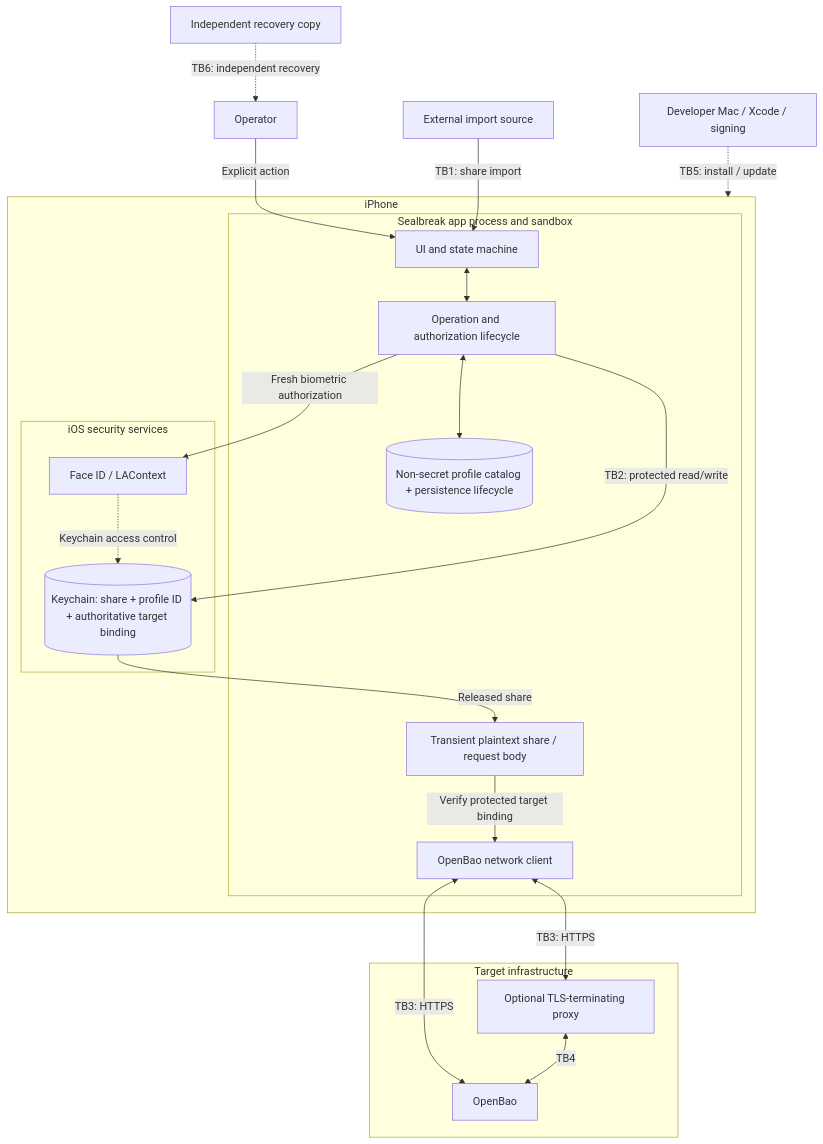
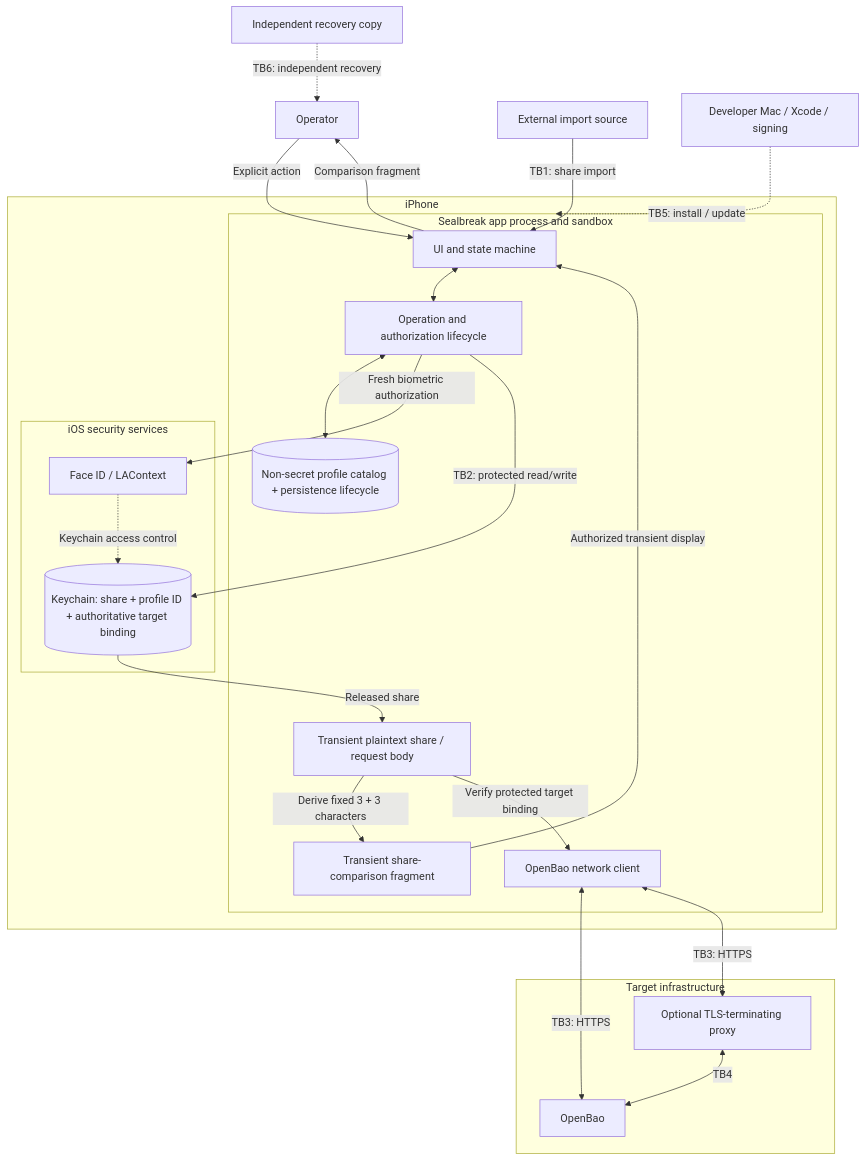
The first of 3 diagrams in THREAT_MODEL.md (GeorgesAlkhouri/sealbreak), drawn with Mermaid before and after one commit. The commit also changed other lines of this file and 10 other files, not shown here.

Commit message:
Reveal a protected share fragment in server details (#47)

````diff
--- a/THREAT_MODEL.md
+++ b/THREAT_MODEL.md
@@ -58,45 +59,49 @@
 ```mermaid
 flowchart TB
     OP["Operator"]
     IMPORT["External import source"]
     REC["Independent recovery copy"]
     BUILD["Developer Mac / Xcode / signing"]
 
     subgraph PHONE["iPhone"]
         subgraph APP["Sealbreak app process and sandbox"]
             UI["UI and state machine"]
             MODEL["Operation and authorization lifecycle"]
             DISPLAY[("Non-secret profile catalog + persistence lifecycle")]
             MEM["Transient plaintext share / request body"]
+            FRAGMENT["Transient share-comparison fragment"]
             NET["OpenBao network client"]
         end
 
         subgraph IOS["iOS security services"]
             AUTH["Face ID / LAContext"]
             KC[("Keychain: share + profile ID + authoritative target binding")]
         end
     end
 
     subgraph TARGET["Target infrastructure"]
         PROXY["Optional TLS-terminating proxy"]
         BAO["OpenBao"]
     end
 
     OP -->|"Explicit action"| UI
     IMPORT -->|"TB1: share import"| UI
     BUILD -.->|"TB5: install / update"| APP
 
     UI <--> MODEL
     MODEL <--> DISPLAY
     MODEL -->|"Fresh biometric authorization"| AUTH
     AUTH -.->|"Keychain access control"| KC
     MODEL -->|"TB2: protected read/write"| KC
     KC -->|"Released share"| MEM
+    MEM -->|"Derive fixed 3 + 3 characters"| FRAGMENT
+    FRAGMENT -->|"Authorized transient display"| UI
+    UI -->|"Comparison fragment"| OP
     MEM -->|"Verify protected target binding"| NET
 
     NET <-->|"TB3: HTTPS"| BAO
     NET <-->|"TB3: HTTPS"| PROXY
     PROXY <-->|"TB4"| BAO
 
     REC -.->|"TB6: independent recovery"| OP
 ```
````
